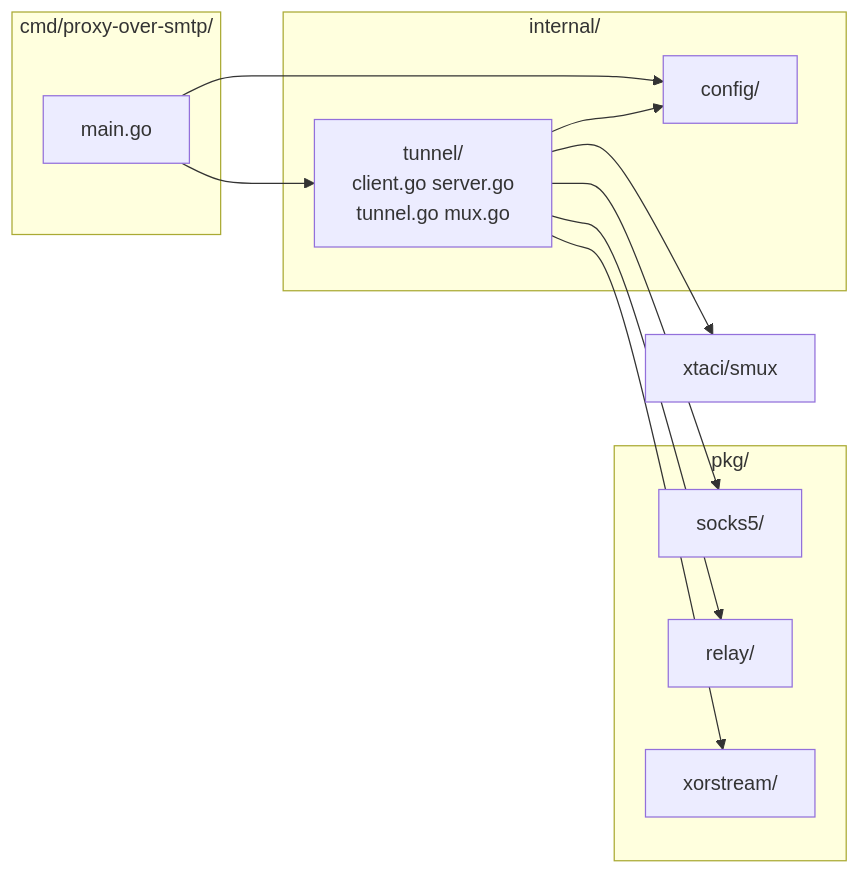
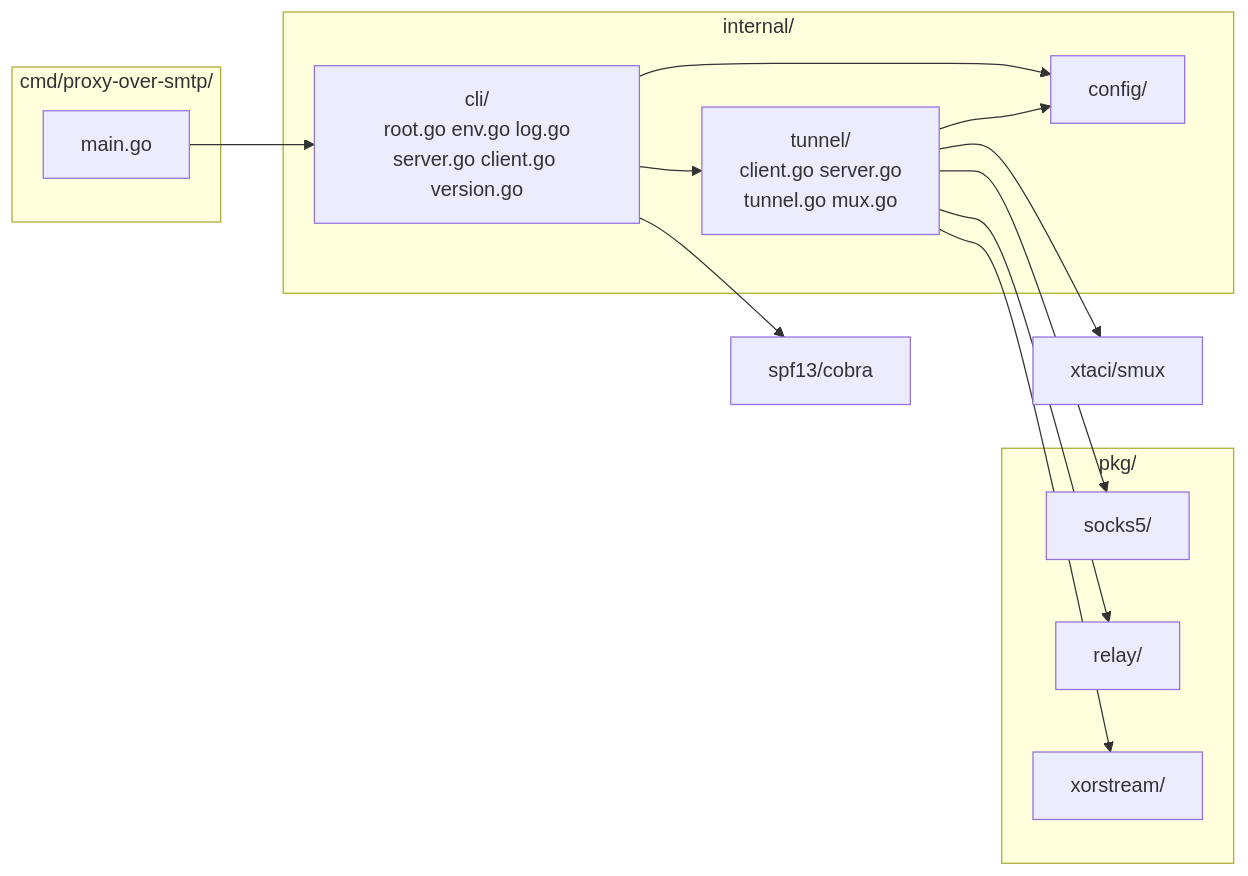
Before and after one commit to dimaskiddo/proxy-over-smtp: the first of 2 diagrams in docs/ARCHITECTURE.md, drawn with Mermaid. The commit also changed other lines of this file and 27 other files, not shown here.

Commit message:
refactor: breaking changes cli interface is now using cobra library

````diff
--- a/docs/ARCHITECTURE.md
+++ b/docs/ARCHITECTURE.md
@@ -9,27 +9,31 @@
 ```mermaid
 graph LR
     subgraph cmd["cmd/proxy-over-smtp/"]
         Main["main.go"]
     end
 
     subgraph internal["internal/"]
+        Cli["cli/<br/>root.go env.go log.go<br/>server.go client.go version.go"]
         Config["config/"]
         Tunnel["tunnel/<br/>client.go server.go<br/>tunnel.go mux.go"]
     end
 
     subgraph pkg["pkg/"]
         Socks5["socks5/"]
         Relay["relay/"]
         Xor["xorstream/"]
     end
 
     Smux["xtaci/smux"]
+    Cobra["spf13/cobra"]
 
-    Main --> Config
-    Main --> Tunnel
+    Main --> Cli
+    Cli --> Config
+    Cli --> Tunnel
     Tunnel --> Config
     Tunnel --> Socks5
     Tunnel --> Relay
     Tunnel --> Xor
     Tunnel --> Smux
+    Cli --> Cobra
 ```
````
